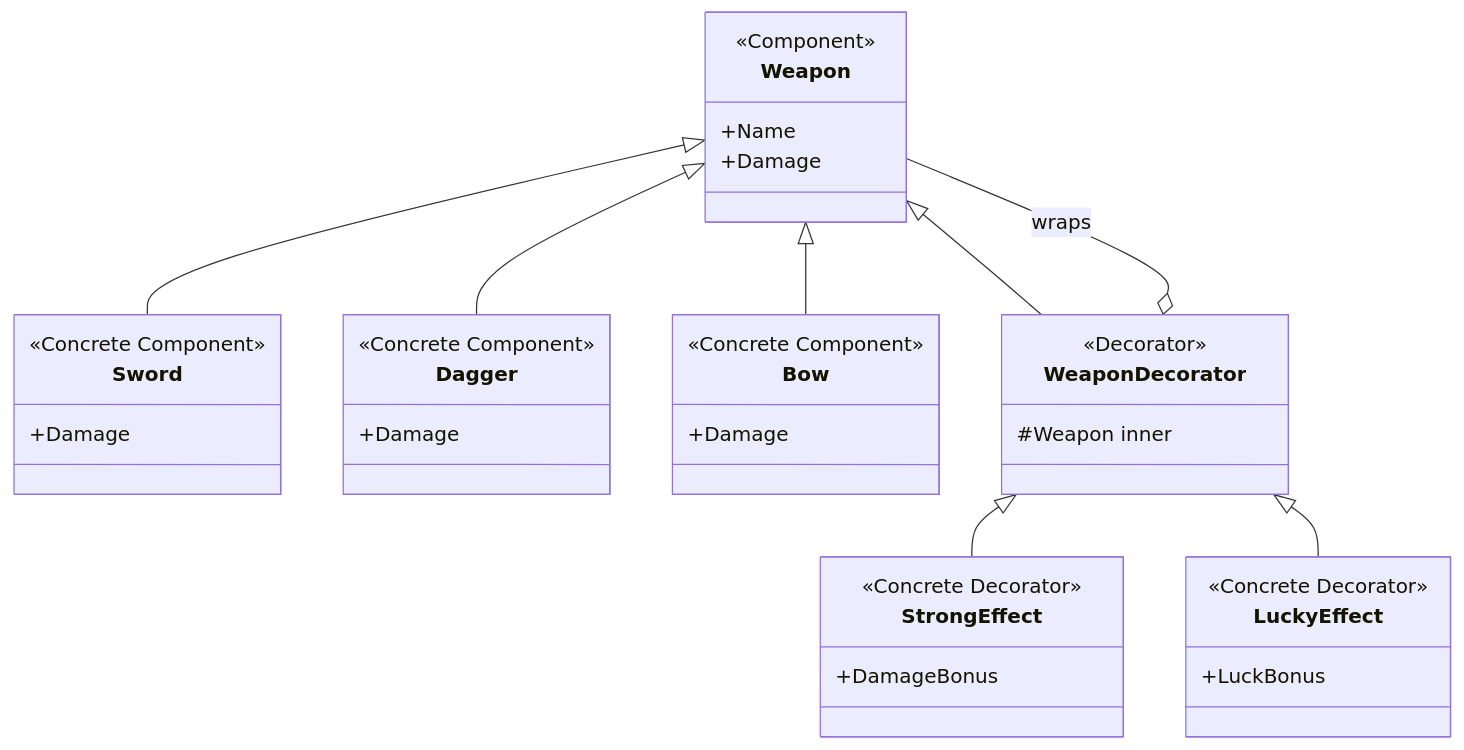
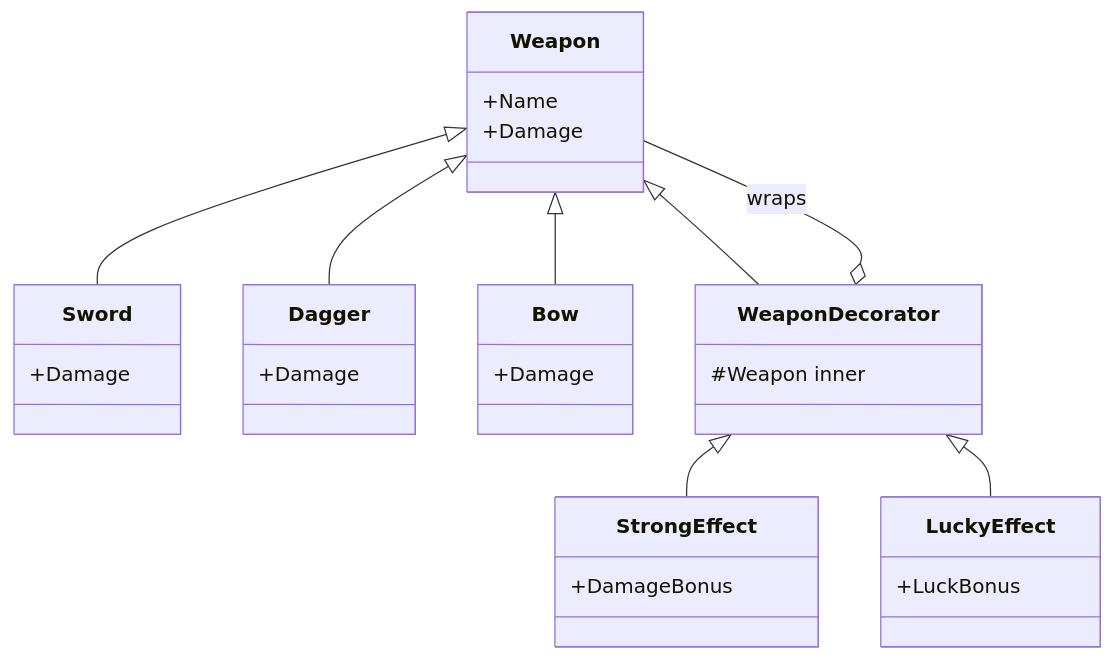
Before and after one commit to tomasz-pawlaczyk/RPGGame-multiplayer-client-server: the first of 3 diagrams in README.md, drawn with Mermaid. The commit also changed other lines of this file, not shown here.

````diff
--- a/README.md
+++ b/README.md
@@ -1,50 +6,43 @@
 ```mermaid
 classDiagram
     direction TB
 
     class Weapon {
-        <<Component>>
         +Name
         +Damage
     }
 
     class Sword {
-        <<Concrete Component>>
         +Damage
     }
 
     class Dagger {
-        <<Concrete Component>>
         +Damage
     }
 
     class Bow {
-        <<Concrete Component>>
         +Damage
     }
 
     class WeaponDecorator {
-        <<Decorator>>
         #Weapon inner
     }
 
     class StrongEffect {
-        <<Concrete Decorator>>
         +DamageBonus
     }
 
     class LuckyEffect {
-        <<Concrete Decorator>>
         +LuckBonus
     }
 
     Weapon <|-- Sword
     Weapon <|-- Dagger
     Weapon <|-- Bow
 
     Weapon <|-- WeaponDecorator
     WeaponDecorator o-- Weapon : wraps
 
     WeaponDecorator <|-- StrongEffect
     WeaponDecorator <|-- LuckyEffect
 ```
````
